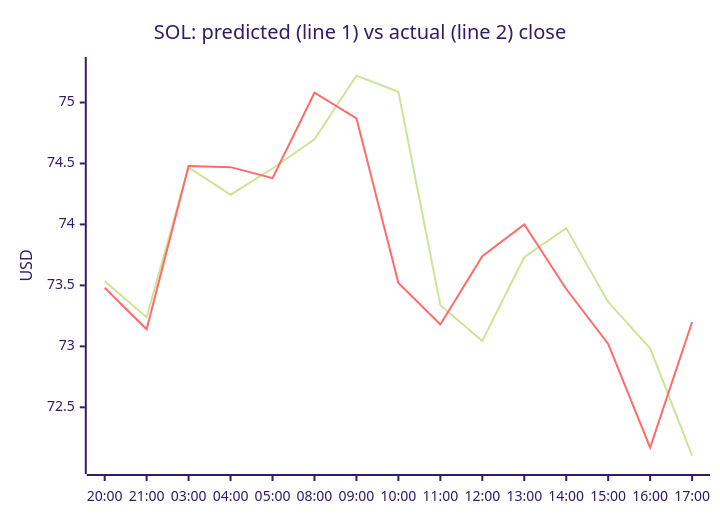
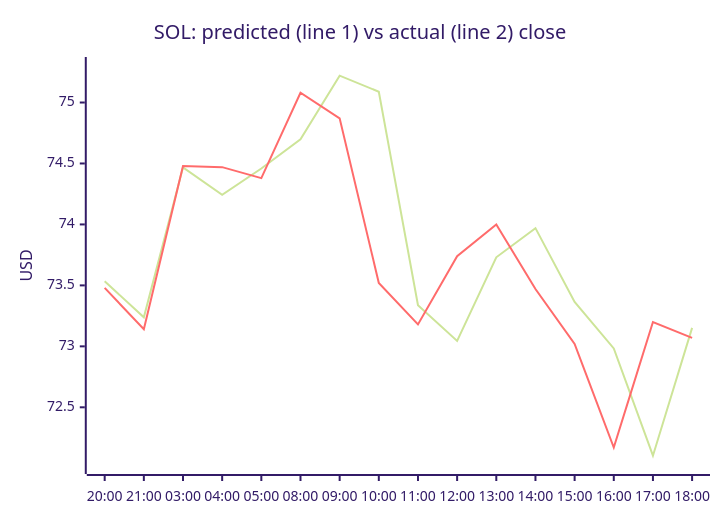
Before and after one commit to samuelkreitl-wq/crypto-hourly-forecaster: the third of 4 diagrams in README.md, drawn with Mermaid (forest theme). The commit also changed other lines of this file and 14 other files, not shown here.

````diff
--- a/README.md
+++ b/README.md
@@ -56,8 +56,8 @@
 ```mermaid
 xychart-beta
     title "SOL: predicted (line 1) vs actual (line 2) close"
-    x-axis ["20:00", "21:00", "03:00", "04:00", "05:00", "08:00", "09:00", "10:00", "11:00", "12:00", "13:00", "14:00", "15:00", "16:00", "17:00"]
+    x-axis ["20:00", "21:00", "03:00", "04:00", "05:00", "08:00", "09:00", "10:00", "11:00", "12:00", "13:00", "14:00", "15:00", "16:00", "17:00", "18:00"]
     y-axis "USD" 72.0309 --> 75.2954
-    line [73.5341, 73.2381, 74.4685, 74.2437, 74.4589, 74.6981, 75.2202, 75.0883, 73.3377, 73.0445, 73.7306, 73.9697, 73.3643, 72.9832, 72.1030]
-    line [73.4800, 73.1400, 74.4800, 74.4700, 74.3800, 75.0800, 74.8700, 73.5200, 73.1800, 73.7400, 74.0000, 73.4700, 73.0200, 72.1700, 73.2000]
+    line [73.5341, 73.2381, 74.4685, 74.2437, 74.4589, 74.6981, 75.2202, 75.0883, 73.3377, 73.0445, 73.7306, 73.9697, 73.3643, 72.9832, 72.1030, 73.1512]
+    line [73.4800, 73.1400, 74.4800, 74.4700, 74.3800, 75.0800, 74.8700, 73.5200, 73.1800, 73.7400, 74.0000, 73.4700, 73.0200, 72.1700, 73.2000, 73.0700]
 ```
````
